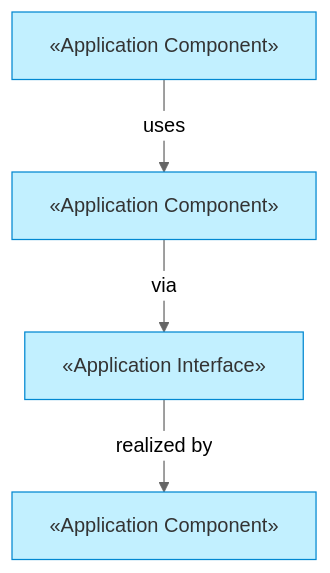
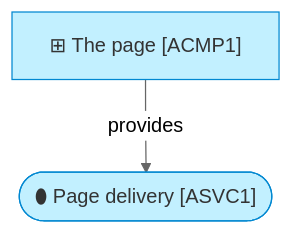
The diagram in product-archreator/site/architecture/4_application/README.md (roanboc/architecture-archreator), drawn with Mermaid (neutral theme) before and after one commit. The commit also changed other lines of this file and 15 other files, not shown here.

````diff
--- a/product-archreator/site/architecture/4_application/README.md
+++ b/product-archreator/site/architecture/4_application/README.md
@@ -40,13 +35,9 @@
 ```mermaid
 flowchart TB
-  entry["«Application Component» <Entry point>"]:::application
-  core["«Application Component» <Core logic>"]:::application
-  iface["«Application Interface» <Port/interface>"]:::application
-  adapter["«Application Component» <Adapter/implementation>"]:::application
+  acmp1["⊞ The page [ACMP1]"]:::application
+  asvc1(["⬮ Page delivery [ASVC1]"]):::application
 
-  entry -->|uses| core
-  core -->|via| iface
-  iface -->|realized by| adapter
+  acmp1 -->|provides| asvc1
 
   classDef application fill:#c2f0ff,stroke:#0288d1,color:#333
 ```
````
